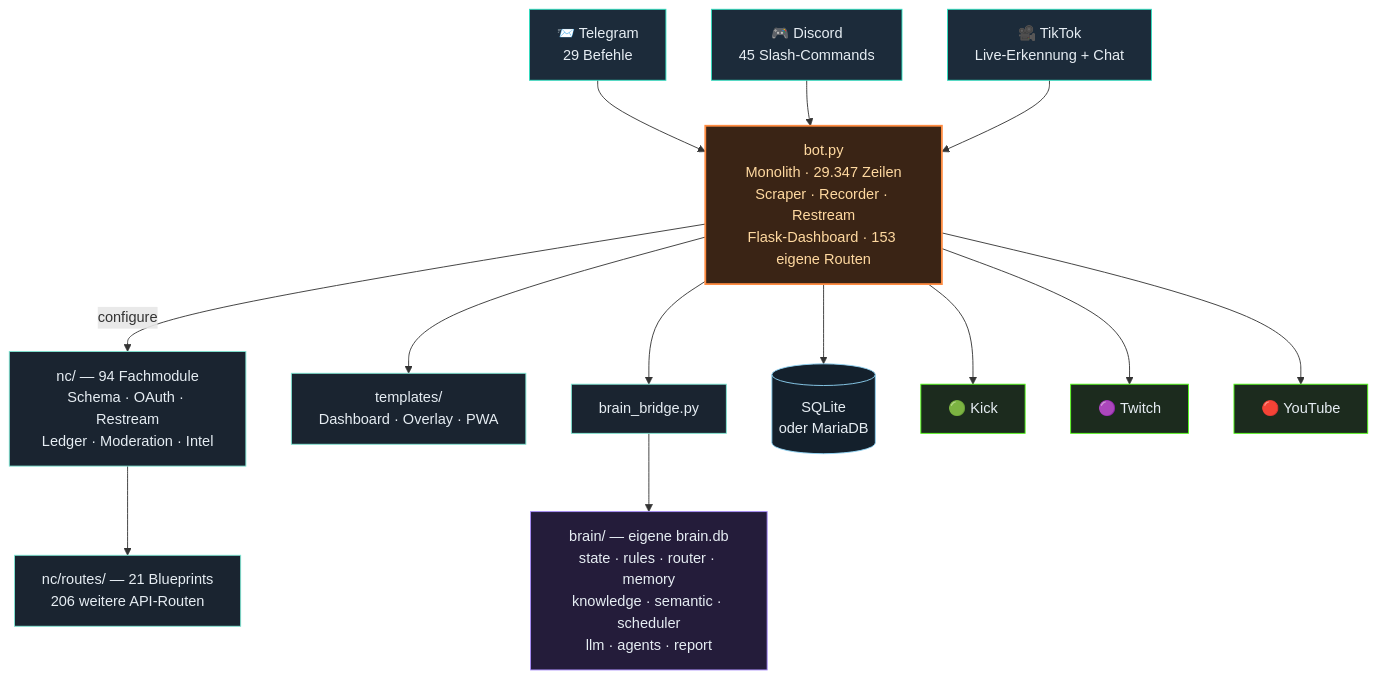
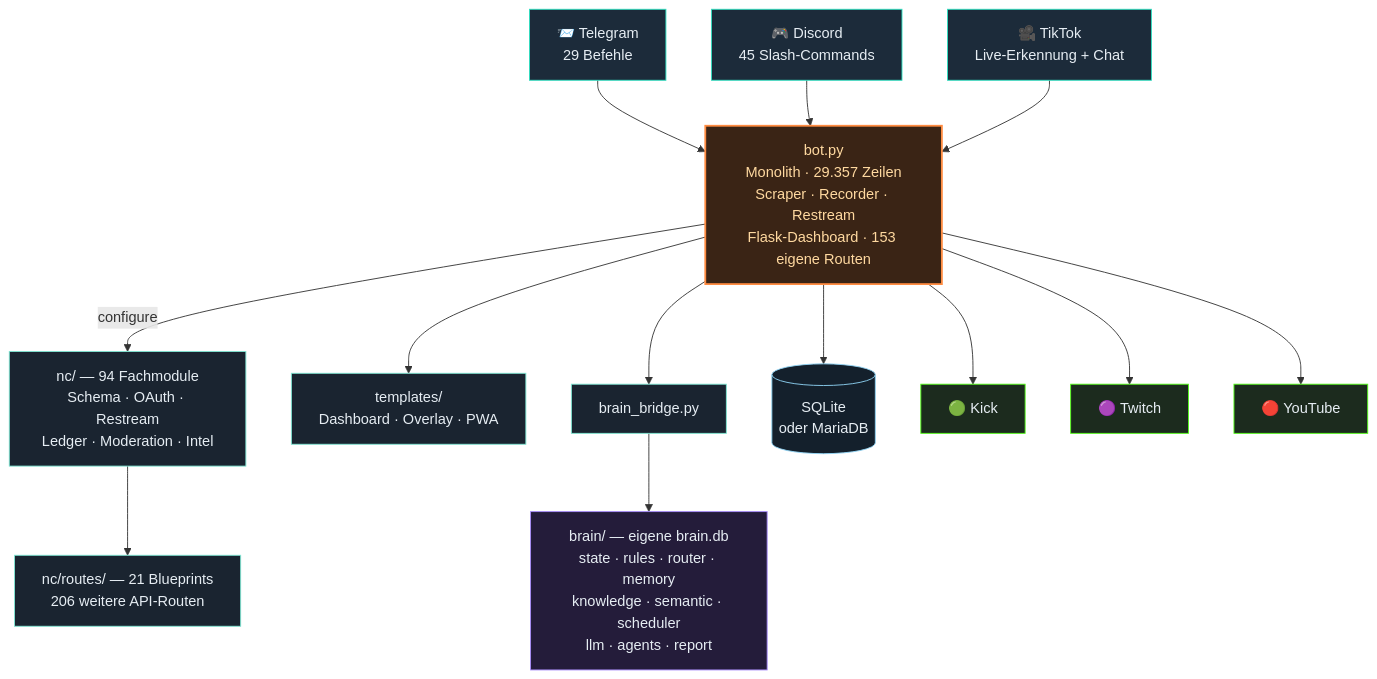
Before and after one commit to itsamemedev/Telegram-Stream-Info-Bot: the third of 4 diagrams in README.md, drawn with Mermaid. The commit also changed other lines of this file and 9 other files, not shown here.

````diff
--- a/README.md
+++ b/README.md
@@ -189,30 +189,30 @@
 ```mermaid
 flowchart TB
     TG["📨 Telegram<br/>29 Befehle"]:::ein
     DC["🎮 Discord<br/>45 Slash-Commands"]:::ein
     TT["🎥 TikTok<br/>Live-Erkennung + Chat"]:::ein
 
     TG --> BOT
     DC --> BOT
     TT --> BOT
 
-    BOT["bot.py<br/>Monolith · 29.347 Zeilen<br/>Scraper · Recorder · Restream<br/>Flask-Dashboard · 153 eigene Routen"]:::core
+    BOT["bot.py<br/>Monolith · 29.357 Zeilen<br/>Scraper · Recorder · Restream<br/>Flask-Dashboard · 153 eigene Routen"]:::core
 
     BOT -->|configure| NC["nc/ — 94 Fachmodule<br/>Schema · OAuth · Restream<br/>Ledger · Moderation · Intel"]:::lib
     NC --> RT["nc/routes/ — 21 Blueprints<br/>206 weitere API-Routen"]:::lib
     BOT --> TPL["templates/<br/>Dashboard · Overlay · PWA"]:::lib
     BOT --> BR["brain_bridge.py"]:::lib
     BR --> BRAIN["brain/ — eigene brain.db<br/>state · rules · router · memory<br/>knowledge · semantic · scheduler<br/>llm · agents · report"]:::brain
     BOT --> DB[("SQLite<br/>oder MariaDB")]:::db
 
     BOT --> KICK["🟢 Kick"]:::out
     BOT --> TW["🟣 Twitch"]:::out
     BOT --> YT["🔴 YouTube"]:::out
 
     classDef ein fill:#1c2b3a,stroke:#2de1c2,color:#e6edf3
     classDef core fill:#3a2415,stroke:#ff8c42,stroke-width:2px,color:#ffd9a0
     classDef lib fill:#1a2430,stroke:#7fe7d4,color:#e6edf3
     classDef brain fill:#241c3a,stroke:#a78bfa,color:#e6edf3
     classDef db fill:#14202c,stroke:#8fd3f4,color:#e6edf3
     classDef out fill:#1c2b1e,stroke:#53fc18,color:#e6edf3
 ```
````
